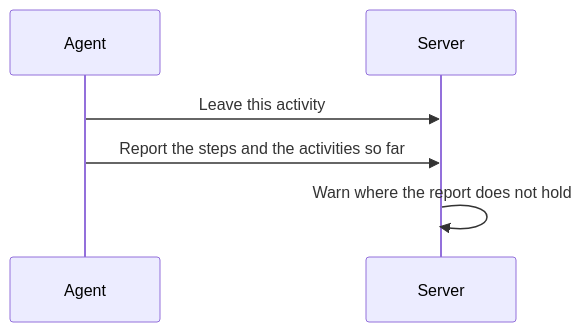
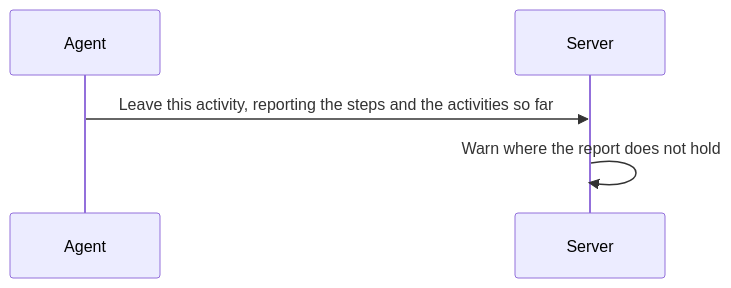
One commit to m2ux/workflow-server changed diagram 11 of 16 in docs/fidelity.md. Above: the diagram before and after it, drawn with Mermaid. The commit also changed other lines of this file and 17 other files, not shown here.

````diff
--- a/docs/fidelity.md
+++ b/docs/fidelity.md
@@ -232,8 +233,7 @@
 ```mermaid
 sequenceDiagram
   participant Agent
   participant Server
-  Agent->>Server: Leave this activity
-  Agent->>Server: Report the steps and the activities so far
+  Agent->>Server: Leave this activity, reporting the steps and the activities so far
   Server->>Server: Warn where the report does not hold
 ```
````
